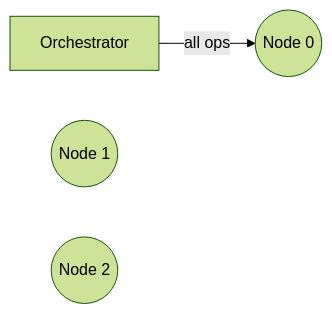
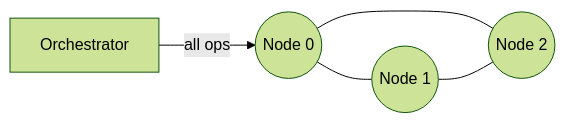
One commit to exokernel/replicant changed the sixth of 6 diagrams in README.md. Above: the diagram before and after it, drawn with Mermaid (forest theme). The commit also changed other lines of this file, not shown here.

Commit message:
show full-mesh node connections in write pattern diagrams

````diff
--- a/README.md
+++ b/README.md
@@ -154,7 +157,8 @@
 ```mermaid
 graph LR
     O[Orchestrator]
     O -->|"all ops"| N0((Node 0))
-    N1((Node 1))
-    N2((Node 2))
+    N0 --- N1((Node 1))
+    N0 --- N2((Node 2))
+    N1 --- N2
 ```
````
